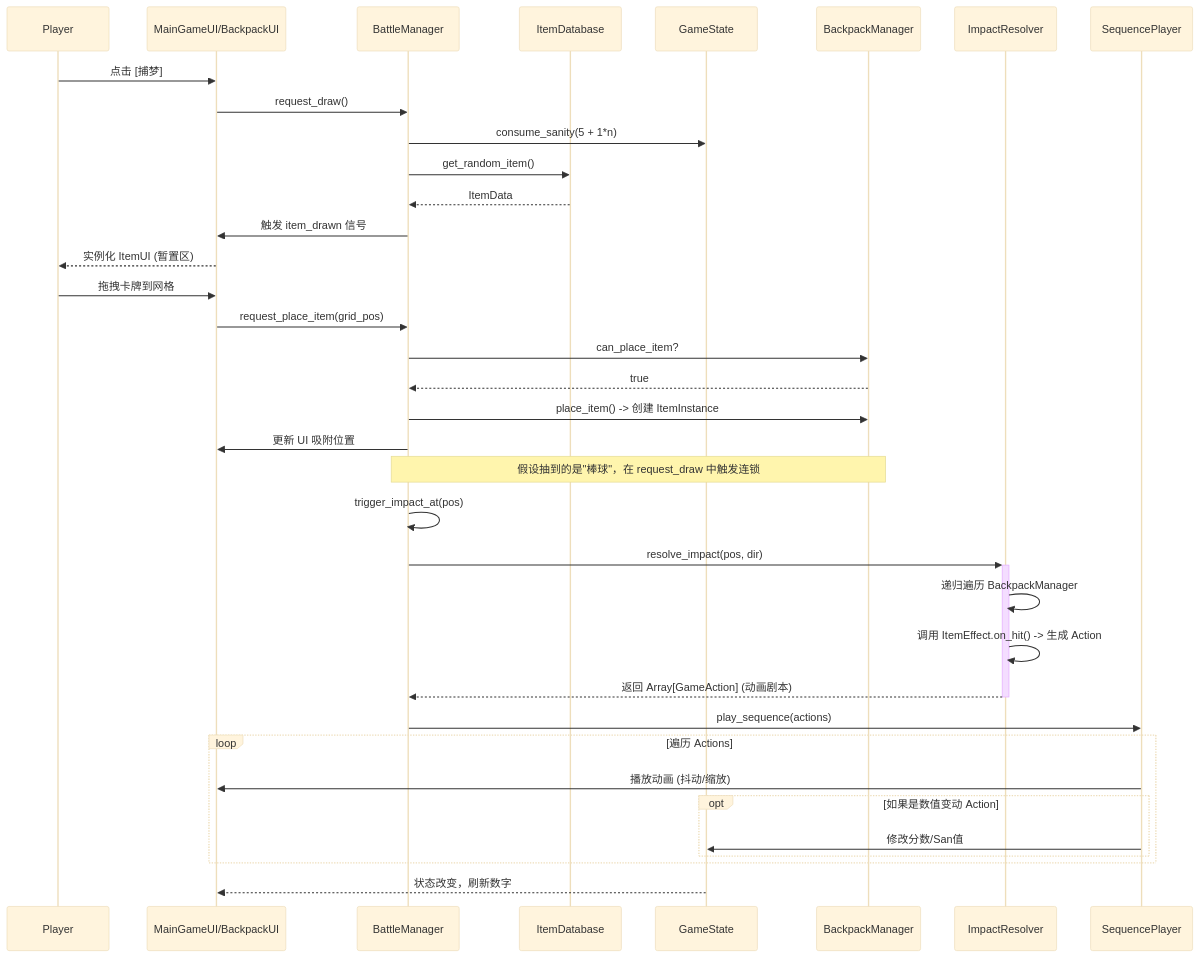
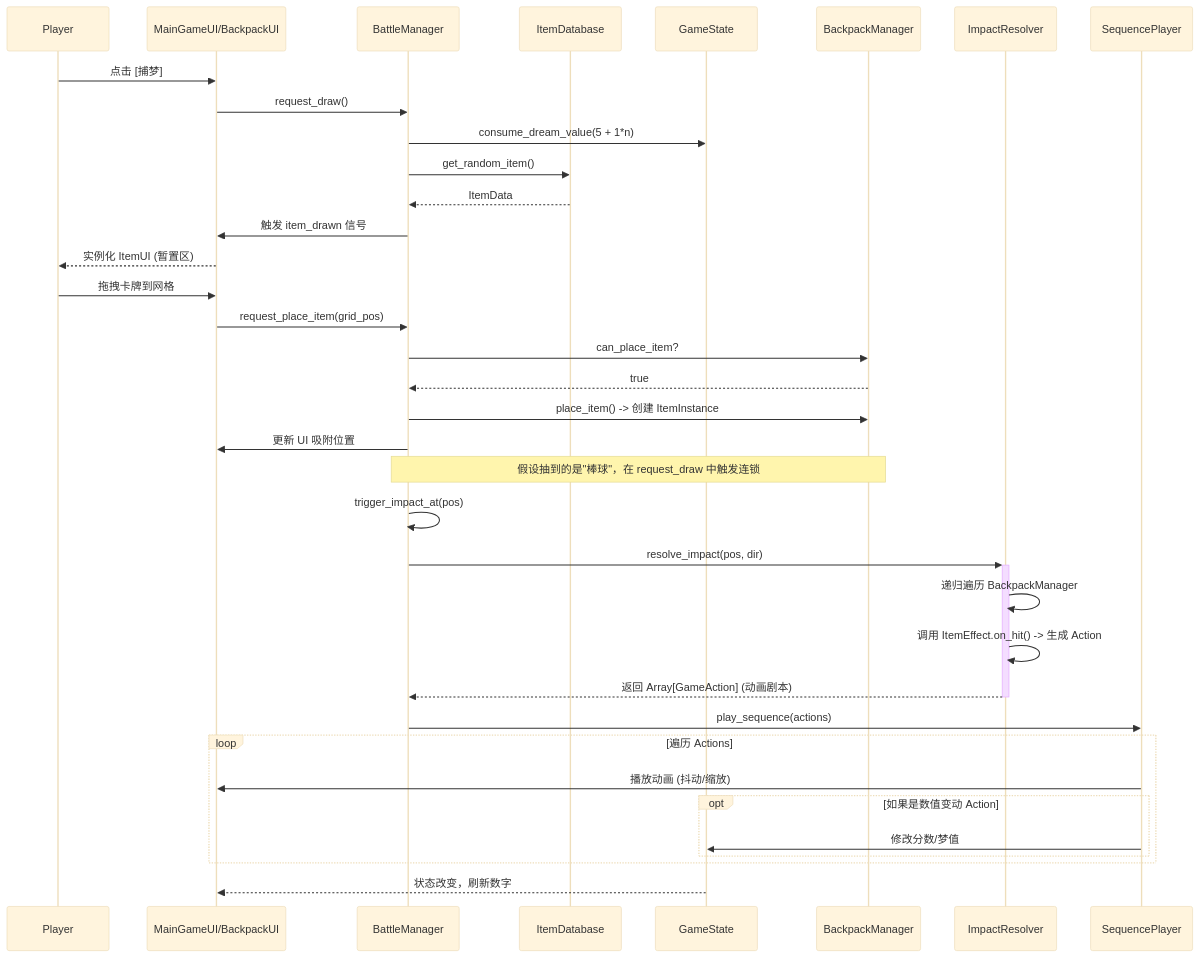
One commit to xsrkt26/Lost-Fragments changed the second of 2 diagrams in spec/Docs/03_Log/02_Architecture_Review_Diagrams.md. Above: the diagram before and after it, drawn with Mermaid (base theme). The commit also changed other lines of this file and 16 other files, not shown here.

````diff
--- a/spec/Docs/03_Log/02_Architecture_Review_Diagrams.md
+++ b/spec/Docs/03_Log/02_Architecture_Review_Diagrams.md
@@ -78,46 +78,46 @@
 ```mermaid
 sequenceDiagram
     participant Player
     participant UI as MainGameUI/BackpackUI
     participant BM as BattleManager
     participant DB as ItemDatabase
     participant GS as GameState
     participant BPM as BackpackManager
     participant IR as ImpactResolver
     participant SP as SequencePlayer
 
     %% 抽卡循环
     Player->>UI: 点击 [捕梦]
     UI->>BM: request_draw()
-    BM->>GS: consume_sanity(5 + 1*n)
+    BM->>GS: consume_dream_value(5 + 1*n)
     BM->>DB: get_random_item()
     DB-->>BM: ItemData
     BM->>UI: 触发 item_drawn 信号
     UI-->>Player: 实例化 ItemUI (暂置区)
 
     %% 放置循环
     Player->>UI: 拖拽卡牌到网格
     UI->>BM: request_place_item(grid_pos)
     BM->>BPM: can_place_item?
     BPM-->>BM: true
     BM->>BPM: place_item() -> 创建 ItemInstance
     BM->>UI: 更新 UI 吸附位置
     
     %% 触发循环 (同名触发示例)
     Note over BM,BPM: 假设抽到的是"棒球"，在 request_draw 中触发连锁
     BM->>BM: trigger_impact_at(pos)
     BM->>+IR: resolve_impact(pos, dir)
     IR->>IR: 递归遍历 BackpackManager
     IR->>IR: 调用 ItemEffect.on_hit() -> 生成 Action
     IR-->>-BM: 返回 Array[GameAction] (动画剧本)
     
     %% 表现层播放与数值结算
     BM->>SP: play_sequence(actions)
     loop 遍历 Actions
         SP->>UI: 播放动画 (抖动/缩放)
         opt 如果是数值变动 Action
-            SP->>GS: 修改分数/San值
+            SP->>GS: 修改分数/梦值
         end
     end
     GS-->>UI: 状态改变，刷新数字
 ```
````
